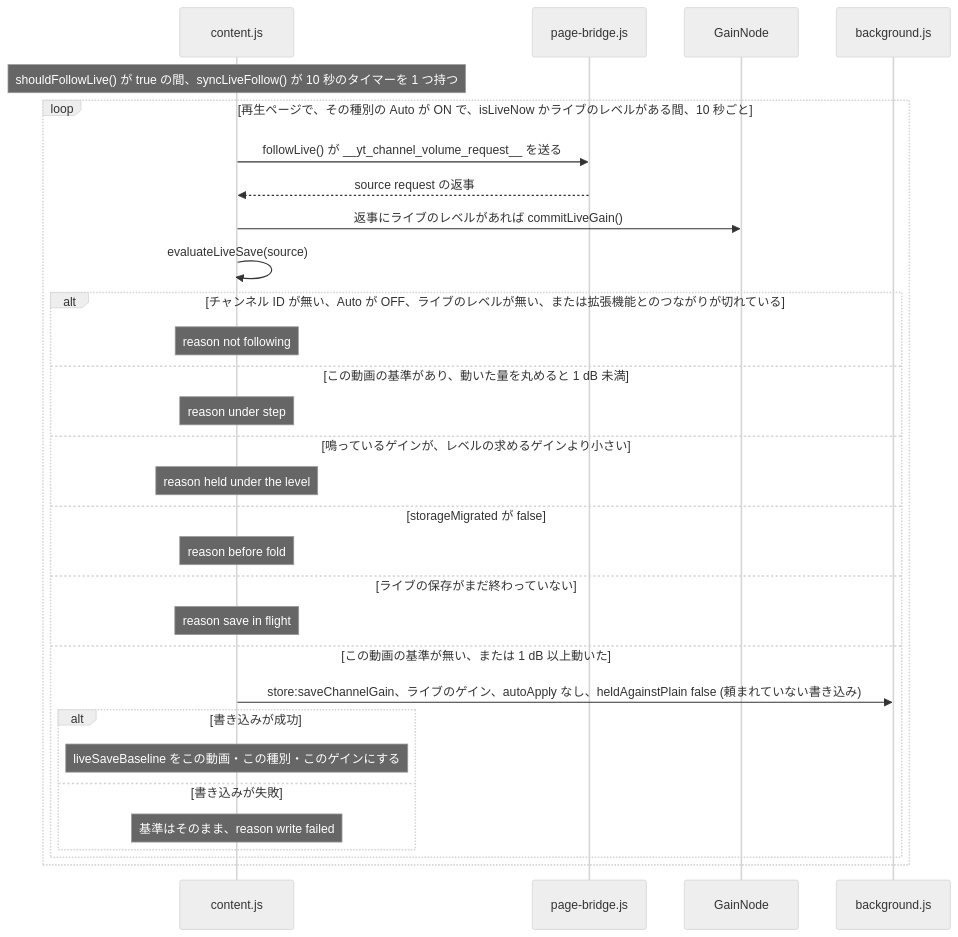
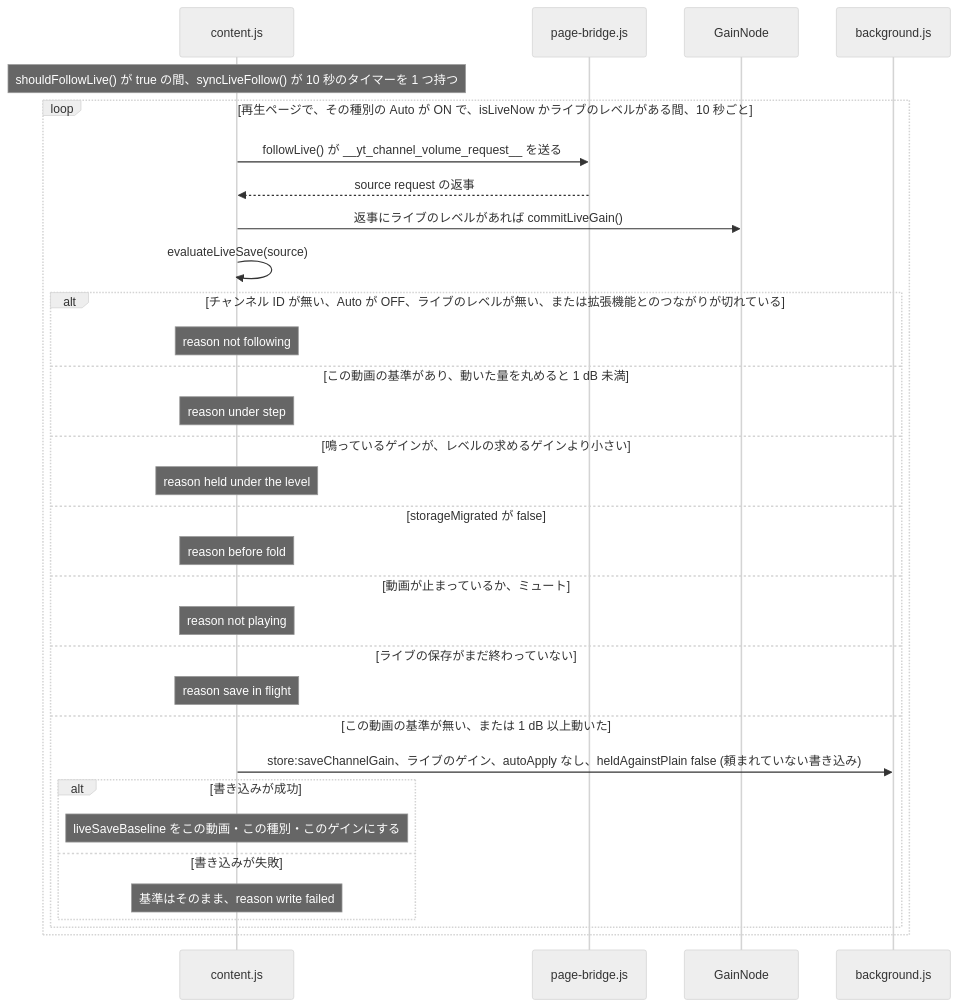
The ninth of 14 diagrams in docs/gain-change-and-save.ja.md (semnil/yt-channel-volume), drawn with Mermaid (neutral theme) before and after one commit. The commit also changed other lines of this file and 5 other files, not shown here.

````diff
--- a/docs/gain-change-and-save.ja.md
+++ b/docs/gain-change-and-save.ja.md
@@ -455,32 +455,34 @@
 ```mermaid
 sequenceDiagram
   participant C as content.js
   participant B as page-bridge.js
   participant G as GainNode
   participant W as background.js
   Note over C: shouldFollowLive() が true の間、syncLiveFollow() が 10 秒のタイマーを 1 つ持つ
   loop 再生ページで、その種別の Auto が ON で、isLiveNow かライブのレベルがある間、10 秒ごと
     C->>B: followLive() が __yt_channel_volume_request__ を送る
     B-->>C: source request の返事
     C->>G: 返事にライブのレベルがあれば commitLiveGain()
     C->>C: evaluateLiveSave(source)
     alt チャンネル ID が無い、Auto が OFF、ライブのレベルが無い、または拡張機能とのつながりが切れている
       Note over C: reason not following
     else この動画の基準があり、動いた量を丸めると 1 dB 未満
       Note over C: reason under step
     else 鳴っているゲインが、レベルの求めるゲインより小さい
       Note over C: reason held under the level
     else storageMigrated が false
       Note over C: reason before fold
+    else 動画が止まっているか、ミュート
+      Note over C: reason not playing
     else ライブの保存がまだ終わっていない
       Note over C: reason save in flight
     else この動画の基準が無い、または 1 dB 以上動いた
       C->>W: store:saveChannelGain、ライブのゲイン、autoApply なし、heldAgainstPlain false (頼まれていない書き込み)
       alt 書き込みが成功
         Note over C: liveSaveBaseline をこの動画・この種別・このゲインにする
       else 書き込みが失敗
         Note over C: 基準はそのまま、reason write failed
       end
     end
   end
 ```
````
